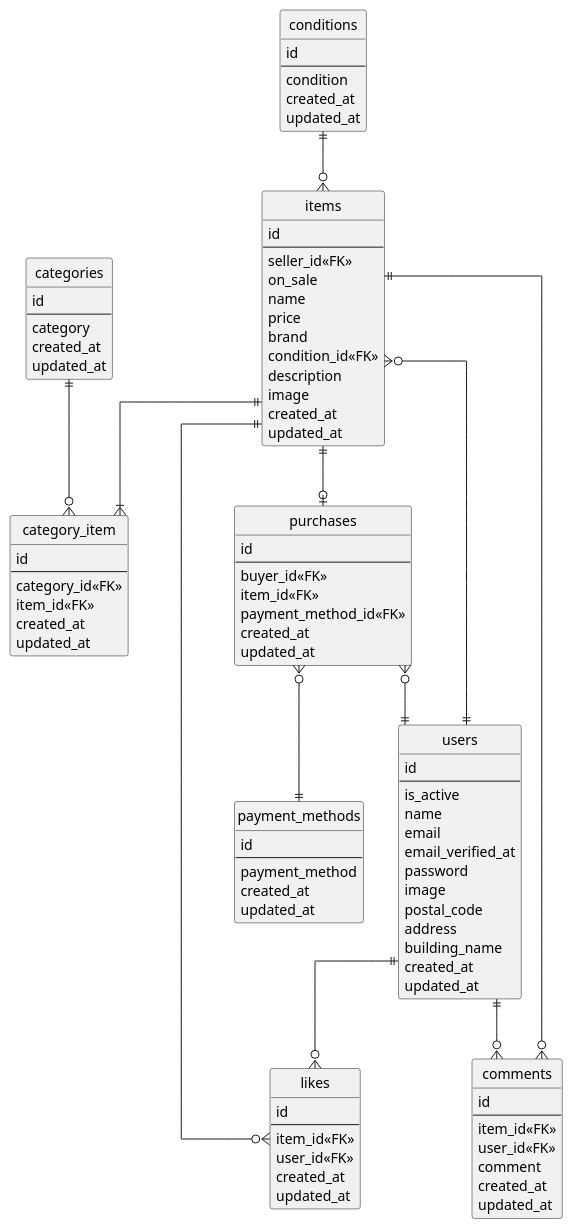
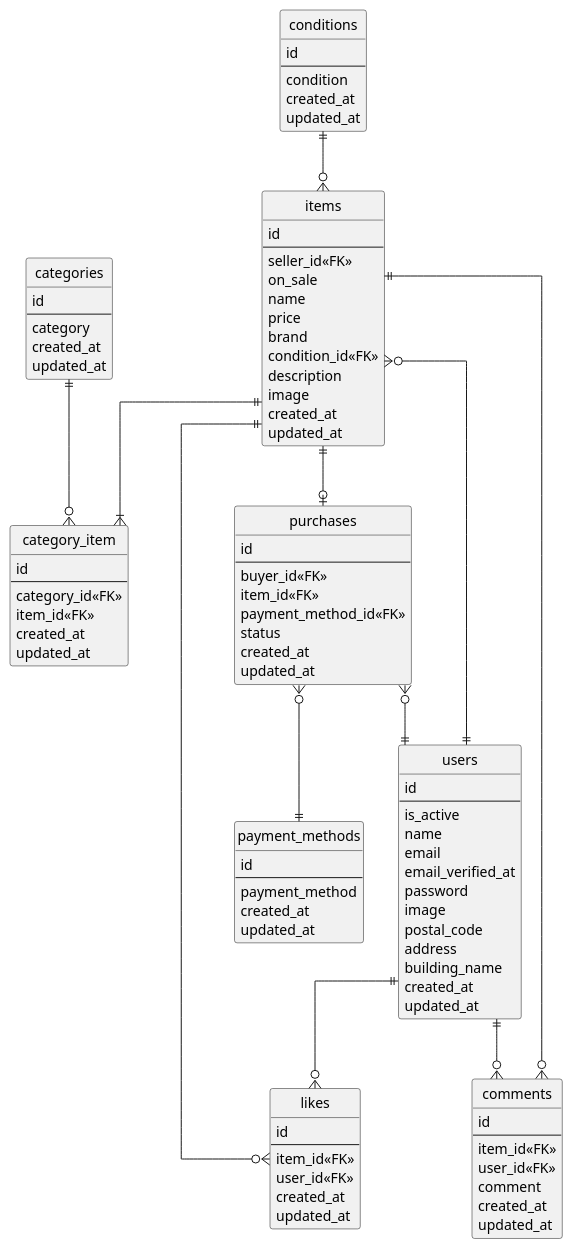
Before and after one commit to Atsu-su/carmeri: the diagram in img/carmeri.plantuml, drawn with PlantUML. The commit also changed 11 other files, not shown here.

```diff
--- a/img/carmeri.plantuml
+++ b/img/carmeri.plantuml
@@ -1,113 +1,114 @@
 @startuml carmeri
 ' hide the spot
 hide circle
 
 ' avoid problems with angled crows feet
 skinparam linetype ortho
 
 entity "users" as users {
   id
   --
   is_active
   name
   email
   email_verified_at
   password
   image
   postal_code
   address
   building_name
   created_at
   updated_at
 }
 
 entity "categories" as categories {
   id
   --
   category
   created_at
   updated_at
 }
 
 entity "category_item" as category_item {
   id
   --
   category_id<<FK>>
   item_id<<FK>>
   created_at
   updated_at
 }
 
 entity "conditions" as conditions {
   id
   --
   condition
   created_at
   updated_at
 }
 
 entity "items" as items {
   id
   --
   seller_id<<FK>>
   on_sale
   name
   price
   brand
   condition_id<<FK>>
   description
   image
   created_at
   updated_at
 }
 
 entity "payment_methods" as payment_methods {
   id
   --
   payment_method
   created_at
   updated_at
 }
 
 entity "purchases" as purchases {
   id
   --
   buyer_id<<FK>>
   item_id<<FK>>
   payment_method_id<<FK>>
+  status
   created_at
   updated_at
 }
 
 entity "likes" as likes {
   id
   --
   item_id<<FK>>
   user_id<<FK>>
   created_at
   updated_at
 }
 
 entity "comments" as comments {
   id
   --
   item_id<<FK>>
   user_id<<FK>>
   comment
   created_at
   updated_at
 }
 
 categories ||--o{ category_item
 conditions ||--o{ items
 items ||--|{ category_item
 items ||--o{ likes
 items ||--o| purchases
 items ||--o{ comments
 items }o--|| users
 purchases }o--|| users
 users ||--o{ likes
 users ||--o{ comments
 purchases }o--|| payment_methods
 
 @enduml
```
